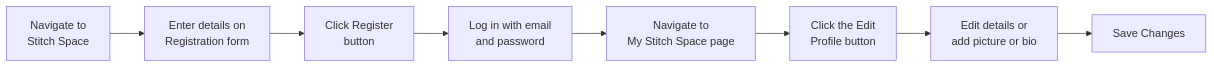
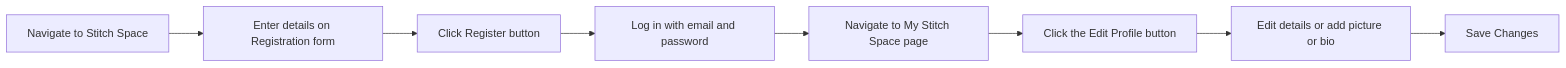
Before and after one commit to EvitaKnits/stitch-space: the first of 6 diagrams in README.md, drawn with Mermaid. The commit also changed other lines of this file and 19 other files, not shown here.

````diff
--- a/README.md
+++ b/README.md
@@ -113,10 +115,10 @@
 ```mermaid
 flowchart LR
-    A[Navigate to \n Stitch Space] --> B[Enter details on \nRegistration form]
-    B --> C[Click Register \n button]
-    C --> D[Log in with email \n and password]
-    D --> E[Navigate to \n My Stitch Space page]
-    E --> F[Click the Edit\n Profile button ]
-    F --> G[Edit details or \n add picture or bio]
+    A[Navigate to Stitch Space] --> B[Enter details on Registration form]
+    B --> C[Click Register button]
+    C --> D[Log in with email and password]
+    D --> E[Navigate to My Stitch Space page]
+    E --> F[Click the Edit Profile button ]
+    F --> G[Edit details or add picture or bio]
     G --> H[Save Changes]
 ```
````
